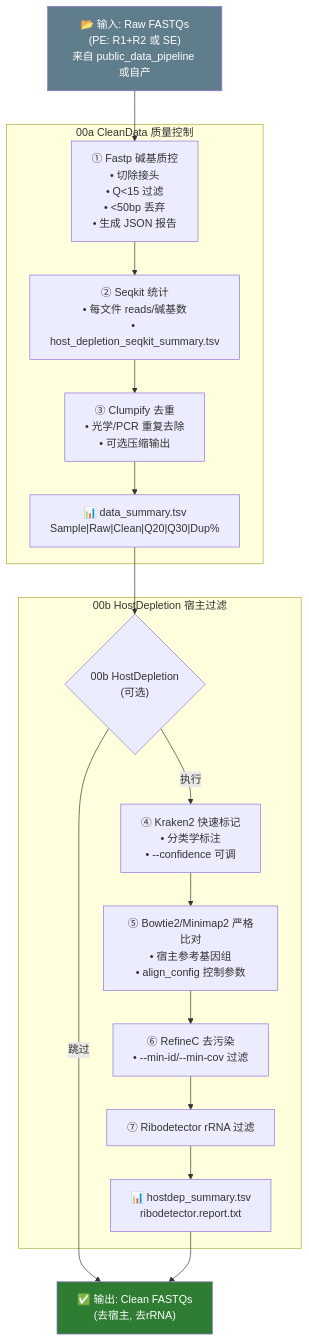
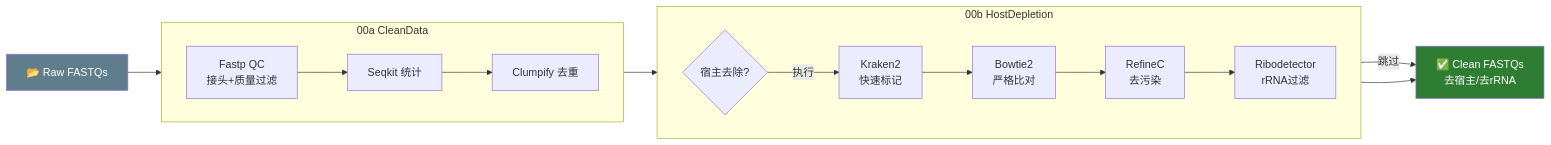
Before and after one commit to zhangwenda0518/MMPV-RNA: the second of 6 diagrams in doc/MMPV-RNA_pipelines_flow.md, drawn with Mermaid. The commit also changed other lines of this file, not shown here.

Commit message:
docs: 四管道流程图改为横向展开 (flowchart LR) + 阶段表格

````diff
--- a/doc/MMPV-RNA_pipelines_flow.md
+++ b/doc/MMPV-RNA_pipelines_flow.md
@@ -77,27 +35,22 @@
 ```mermaid
-flowchart TD
-    A["📂 输入: Raw FASTQs<br/>(PE: R1+R2 或 SE)<br/>来自 public_data_pipeline 或自产"] --> B
+flowchart LR
+    A["📂 Raw FASTQs"] --> B
 
-    subgraph CLEAN["00a CleanData 质量控制"]
-        B["① Fastp 碱基质控<br/>• 切除接头<br/>• Q<15 过滤<br/>• <50bp 丢弃<br/>• 生成 JSON 报告"]
-        B --> B1["② Seqkit 统计<br/>• 每文件 reads/碱基数<br/>• host_depletion_seqkit_summary.tsv"]
-        B1 --> B2["③ Clumpify 去重<br/>• 光学/PCR 重复去除<br/>• 可选压缩输出"]
-        B2 --> B3["📊 data_summary.tsv<br/>Sample|Raw|Clean|Q20|Q30|Dup%"]
+    subgraph S1["00a CleanData"]
+        direction LR
+        B["Fastp QC<br/>接头+质量过滤"] --> C["Seqkit 统计"] --> D["Clumpify 去重"]
     end
 
-    B3 --> C{"00b HostDepletion<br/>(可选)"}
+    D --> E{"宿主去除?"}
 
-    subgraph DEPLETE["00b HostDepletion 宿主过滤"]
-        C -->|执行| C1["④ Kraken2 快速标记<br/>• 分类学标注<br/>• --confidence 可调"]
-        C1 --> C2["⑤ Bowtie2/Minimap2 严格比对<br/>• 宿主参考基因组<br/>• align_config 控制参数"]
-        C2 --> C3["⑥ RefineC 去污染<br/>• --min-id/--min-cov 过滤"]
-        C3 --> C4["⑦ Ribodetector rRNA 过滤"]
-        C4 --> C5["📊 hostdep_summary.tsv<br/>ribodetector.report.txt"]
+    subgraph S2["00b HostDepletion"]
+        direction LR
+        E -->|执行| F["Kraken2<br/>快速标记"] --> G["Bowtie2<br/>严格比对"] --> H["RefineC<br/>去污染"] --> I["Ribodetector<br/>rRNA过滤"]
     end
 
-    C -->|跳过| OUT2
-    C5 --> OUT2["✅ 输出: Clean FASTQs<br/>(去宿主, 去rRNA)"]
+    E -->|跳过| J
+    I --> J["✅ Clean FASTQs<br/>去宿主/去rRNA"]
 
     style A fill:#607d8b,color:#fff
-    style OUT2 fill:#2e7d32,color:#fff
+    style J fill:#2e7d32,color:#fff
 ```
````
